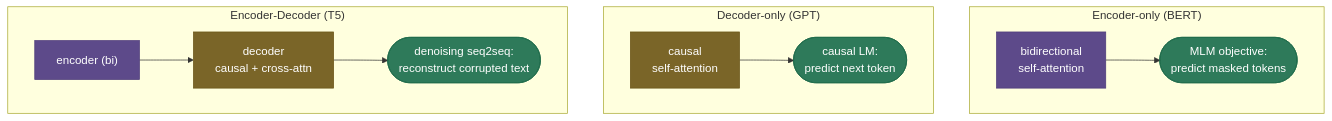
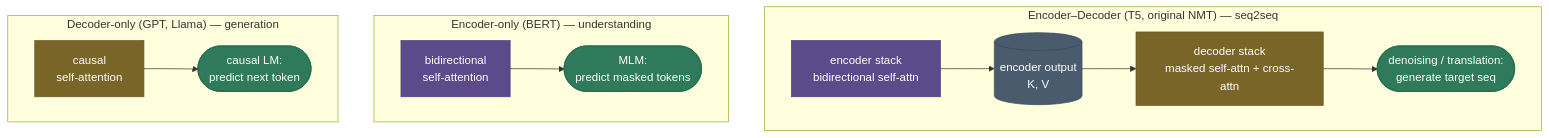
One commit to sudhir13s/AI-ML-learning-resources changed the fifth of 9 diagrams in 05. Deep_Learning/concepts/16-Transformer-Architecture.md. Above: the diagram before and after it, drawn with Mermaid. The commit also changed other lines of this file and 3 other files, not shown here.

````diff
--- a/05. Deep_Learning/concepts/16-Transformer-Architecture.md
+++ b/05. Deep_Learning/concepts/16-Transformer-Architecture.md
@@ -173,17 +257,20 @@
 ```mermaid
 graph TD
-    subgraph E["Encoder-only (BERT)"]
-    EB["bidirectional<br/>self-attention"]:::process --> EU(["MLM objective:<br/>predict masked tokens"]):::out
+    subgraph ED["Encoder–Decoder (T5, original NMT) — seq2seq"]
+    EX["encoder stack<br/>bidirectional self-attn"]:::process --> EXO[("encoder output<br/>K, V")]:::frozen
+    EDC["decoder stack<br/>masked self-attn + cross-attn"]:::amber
+    EXO --> EDC
+    EDC --> EDU(["denoising / translation:<br/>generate target seq"]):::out
     end
-    subgraph D["Decoder-only (GPT)"]
-    DB["causal<br/>self-attention"]:::amber --> DU(["causal LM:<br/>predict next token"]):::out
+    subgraph EO["Encoder-only (BERT) — understanding"]
+    EB["bidirectional<br/>self-attention"]:::process --> EBU(["MLM:<br/>predict masked tokens"]):::out
     end
-    subgraph ED["Encoder-Decoder (T5)"]
-    EDX["encoder (bi)"]:::process --> EDC["decoder<br/>causal + cross-attn"]:::amber
-    EDC --> EDU(["denoising seq2seq:<br/>reconstruct corrupted text"]):::out
+    subgraph DO["Decoder-only (GPT, Llama) — generation"]
+    DB["causal<br/>self-attention"]:::amber --> DBU(["causal LM:<br/>predict next token"]):::out
     end
 
     classDef process fill:#5D4A8A,stroke:#4D3A7A,color:#fff
     classDef amber fill:#7A6528,stroke:#6A5518,color:#fff
+    classDef frozen fill:#4A5B6E,stroke:#3A4B5E,color:#fff
     classDef out fill:#2E7A5A,stroke:#1E6A4A,color:#fff
 ```
````
